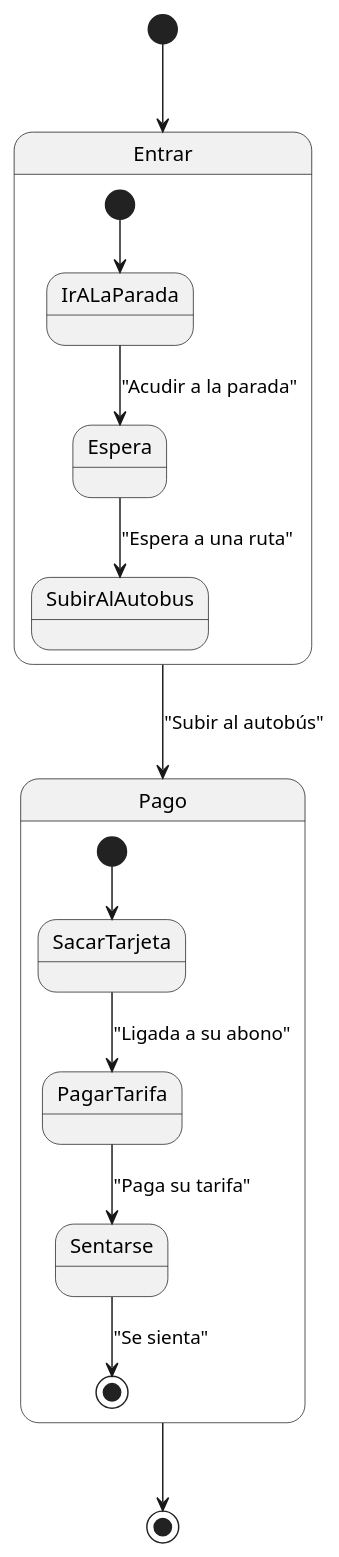
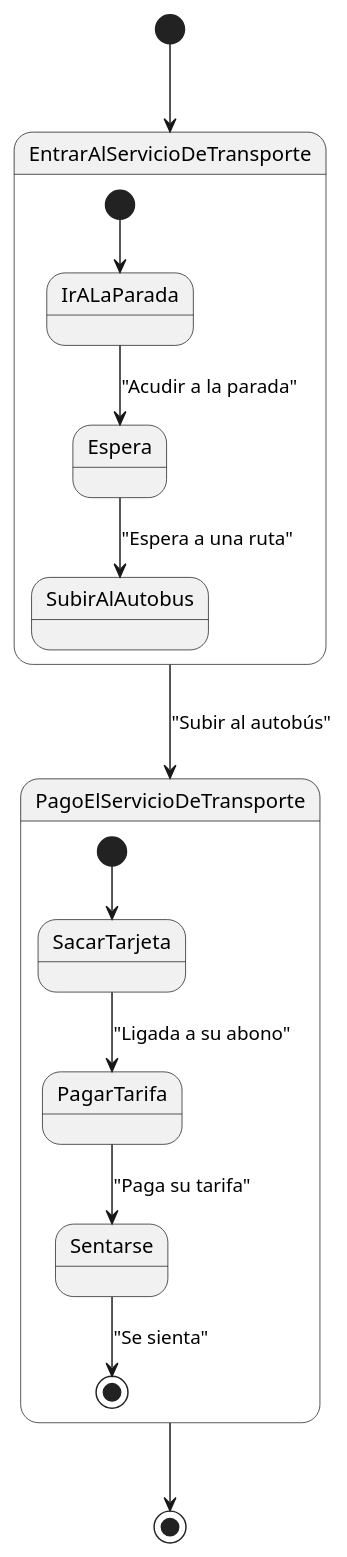
Before and after one commit to Ingenieria-Informatica-UNEATLANTICO/app-actividad-post-parcial-AndrextA: the diagram in modelosUML/parcial/diagrama_estados_pasajero.pu, drawn with PlantUML. The commit also changed 3 other files, not shown here.

Commit message:
fix: diagrams as in the exam

```diff
--- a/modelosUML/parcial/diagrama_estados_pasajero.pu
+++ b/modelosUML/parcial/diagrama_estados_pasajero.pu
@@ -1,23 +1,23 @@
 @startuml Diagrama_de_Estados_Usuario
 skinparam defaultTextAlignment center
 
-[*] --> Entrar
+[*] --> EntrarAlServicioDeTransporte
 
-state Entrar {
+state EntrarAlServicioDeTransporte {
   [*] --> IrALaParada
   IrALaParada --> Espera : "Acudir a la parada"
   Espera --> SubirAlAutobus : "Espera a una ruta"
 }
 
-Entrar --> Pago : "Subir al autobús"
+EntrarAlServicioDeTransporte --> PagoElServicioDeTransporte : "Subir al autobús"
 
-state Pago {
+state PagoElServicioDeTransporte {
   [*] --> SacarTarjeta
   SacarTarjeta --> PagarTarifa : "Ligada a su abono"
   PagarTarifa --> Sentarse : "Paga su tarifa"
   Sentarse --> [*] : "Se sienta"
 }
 
-Pago --> [*]
+PagoElServicioDeTransporte --> [*]
 
 @enduml
```
